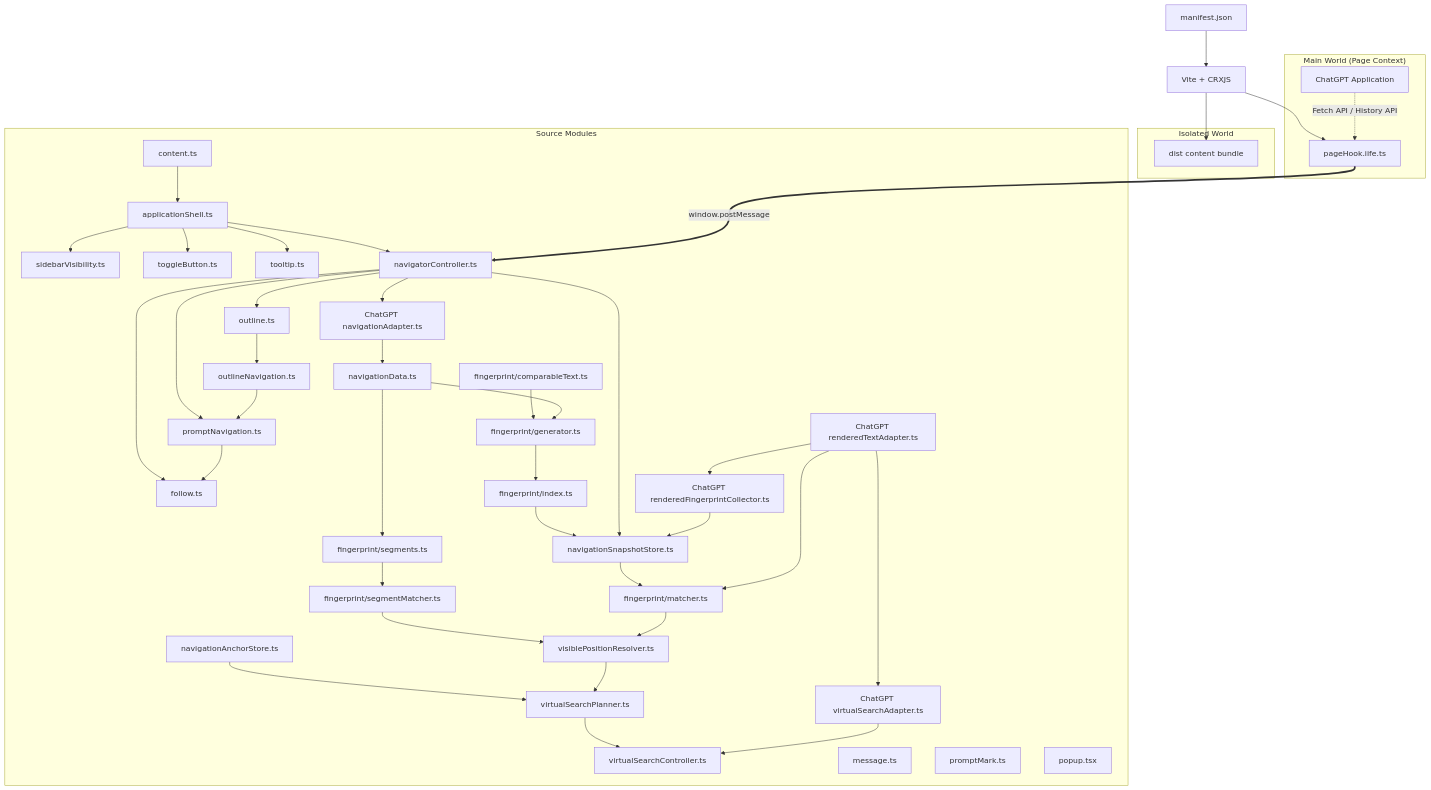
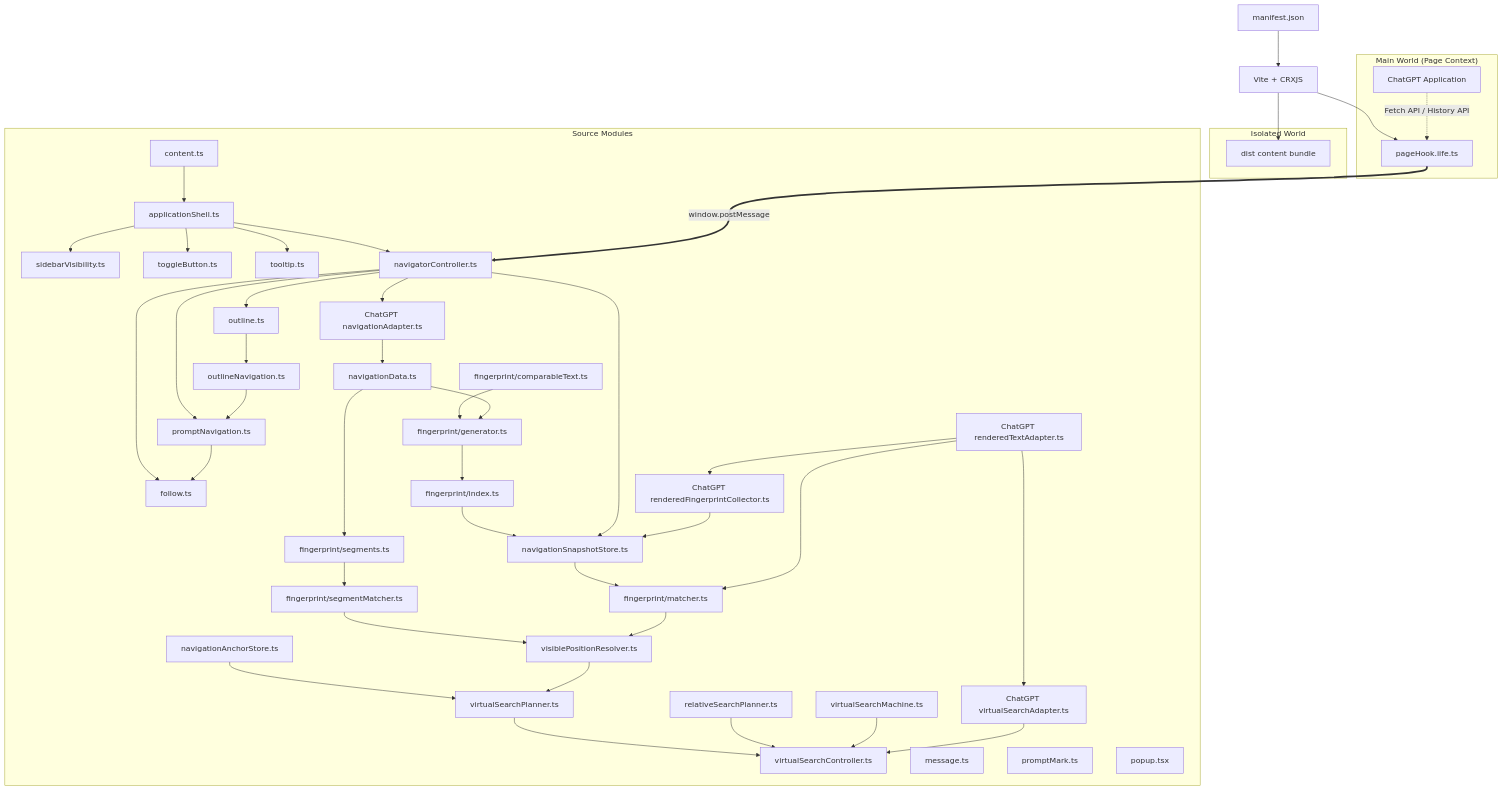
Before and after one commit to Leo7805/luna-toc: the diagram in docs/ARCHITECTURE.md, drawn with Mermaid. The commit also changed other lines of this file and 16 other files, not shown here.

```diff
--- a/docs/ARCHITECTURE.md
+++ b/docs/ARCHITECTURE.md
@@ -33,6 +33,8 @@
         visiblePosition[visiblePositionResolver.ts]
         anchorStore[navigationAnchorStore.ts]
         virtualSearchPlanner[virtualSearchPlanner.ts]
+        relativeSearchPlanner[relativeSearchPlanner.ts]
+        virtualSearchMachine[virtualSearchMachine.ts]
         virtualSearchController[virtualSearchController.ts]
         snapshotStore[navigationSnapshotStore.ts]
         chatGptAdapter[ChatGPT navigationAdapter.ts]
@@ -79,6 +81,8 @@
     anchorStore --> virtualSearchPlanner
     visiblePosition --> virtualSearchPlanner
     virtualSearchPlanner --> virtualSearchController
+    relativeSearchPlanner --> virtualSearchController
+    virtualSearchMachine --> virtualSearchController
     navigator --> snapshotStore
     navigator --> chatGptAdapter
     chatGptRenderedText --> fingerprintMatcher
```
